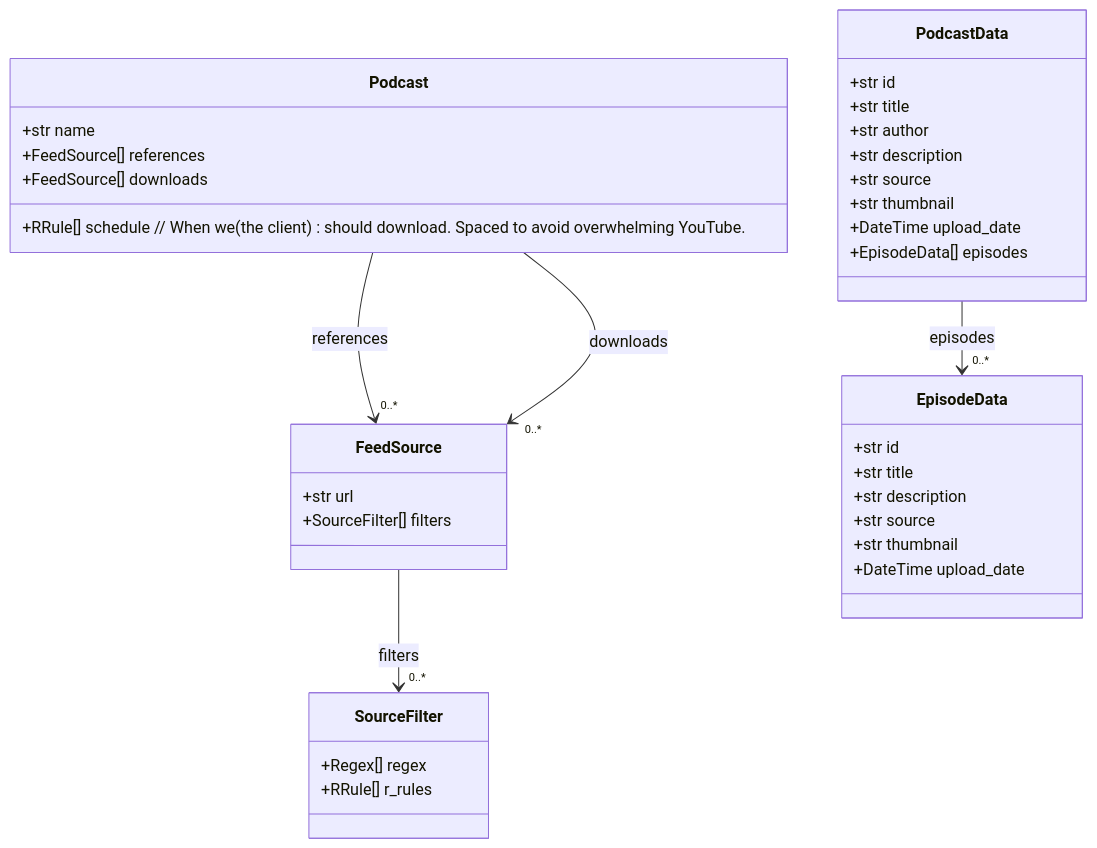
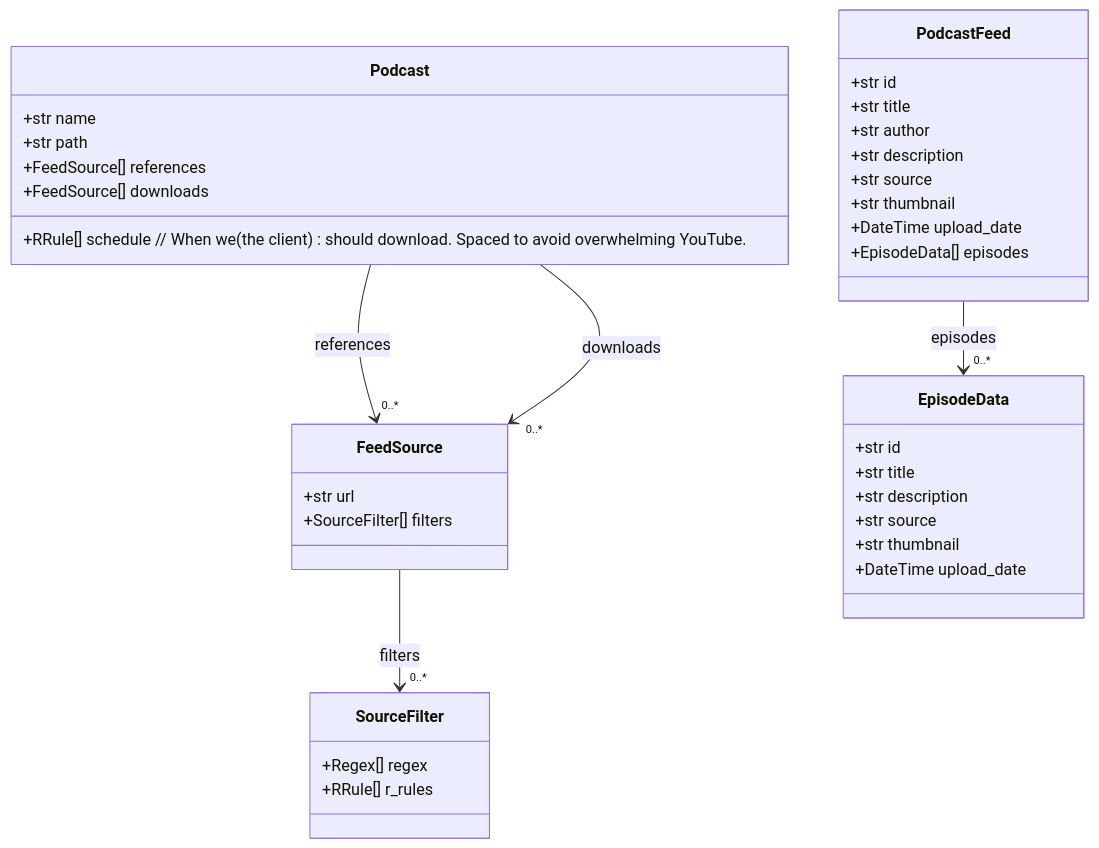
One commit to BinaryBand/adrift changed the first of 6 diagrams in docs/SPECS.md. Above: the diagram before and after it, drawn with Mermaid. The commit also changed other lines of this file and 8 other files, not shown here.

Commit message:
Enhance podcast scheduling and analysis: Update schedules for existing podcasts, add new analysis script for publish cadence, and implement tests for episode collection and merging pipeline

````diff
--- a/docs/SPECS.md
+++ b/docs/SPECS.md
@@ -5,44 +5,45 @@
 ```mermaid
 classDiagram
     class SourceFilter {
         +Regex[] regex
         +RRule[] r_rules
     }
 
     class FeedSource {
         +str url
         +SourceFilter[] filters
     }
 
     class Podcast {
         +str name
+        +str path
         +FeedSource[] references
         +FeedSource[] downloads
         +RRule[] schedule // When we (the client) should download. Spaced to avoid overwhelming YouTube.
     }
 
-    class PodcastData {
+    class PodcastFeed {
         +str id
         +str title
         +str author
         +str description
         +str source
         +str thumbnail
         +DateTime upload_date
         +EpisodeData[] episodes
     }
 
     class EpisodeData {
         +str id
         +str title
         +str description
         +str source
         +str thumbnail
         +DateTime upload_date
     }
 
     Podcast --> "0..*" FeedSource : references
     Podcast --> "0..*" FeedSource : downloads
     FeedSource --> "0..*" SourceFilter : filters
-    PodcastData --> "0..*" EpisodeData : episodes
+    PodcastFeed --> "0..*" EpisodeData : episodes
 ```
````
